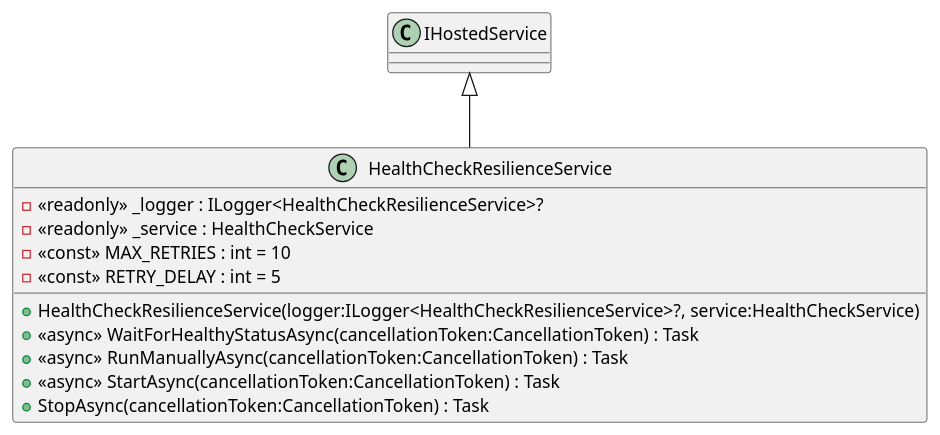
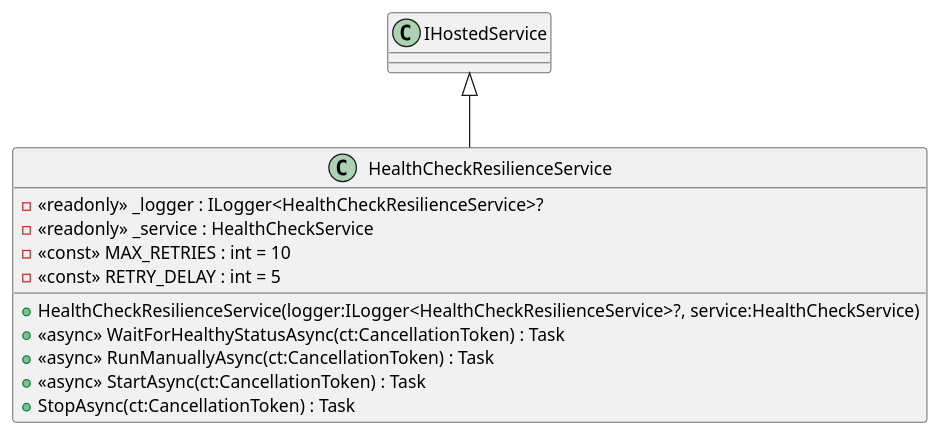
The diagram in __extras__/docu/plantuml/HealthCheckResilienceService.puml (domoar/Northwind-Api), drawn with PlantUML before and after one commit. The commit also changed 38 other files, not shown here.

```diff
--- a/__extras__/docu/plantuml/HealthCheckResilienceService.puml
+++ b/__extras__/docu/plantuml/HealthCheckResilienceService.puml
@@ -1,14 +1,14 @@
 @startuml
 class HealthCheckResilienceService {
     - <<readonly>> _logger : ILogger<HealthCheckResilienceService>?
     - <<readonly>> _service : HealthCheckService
     + HealthCheckResilienceService(logger:ILogger<HealthCheckResilienceService>?, service:HealthCheckService)
     - <<const>> MAX_RETRIES : int = 10
     - <<const>> RETRY_DELAY : int = 5
-    + <<async>> WaitForHealthyStatusAsync(cancellationToken:CancellationToken) : Task
-    + <<async>> RunManuallyAsync(cancellationToken:CancellationToken) : Task
-    + <<async>> StartAsync(cancellationToken:CancellationToken) : Task
-    + StopAsync(cancellationToken:CancellationToken) : Task
+    + <<async>> WaitForHealthyStatusAsync(ct:CancellationToken) : Task
+    + <<async>> RunManuallyAsync(ct:CancellationToken) : Task
+    + <<async>> StartAsync(ct:CancellationToken) : Task
+    + StopAsync(ct:CancellationToken) : Task
 }
 IHostedService <|-- HealthCheckResilienceService
 @enduml
```
